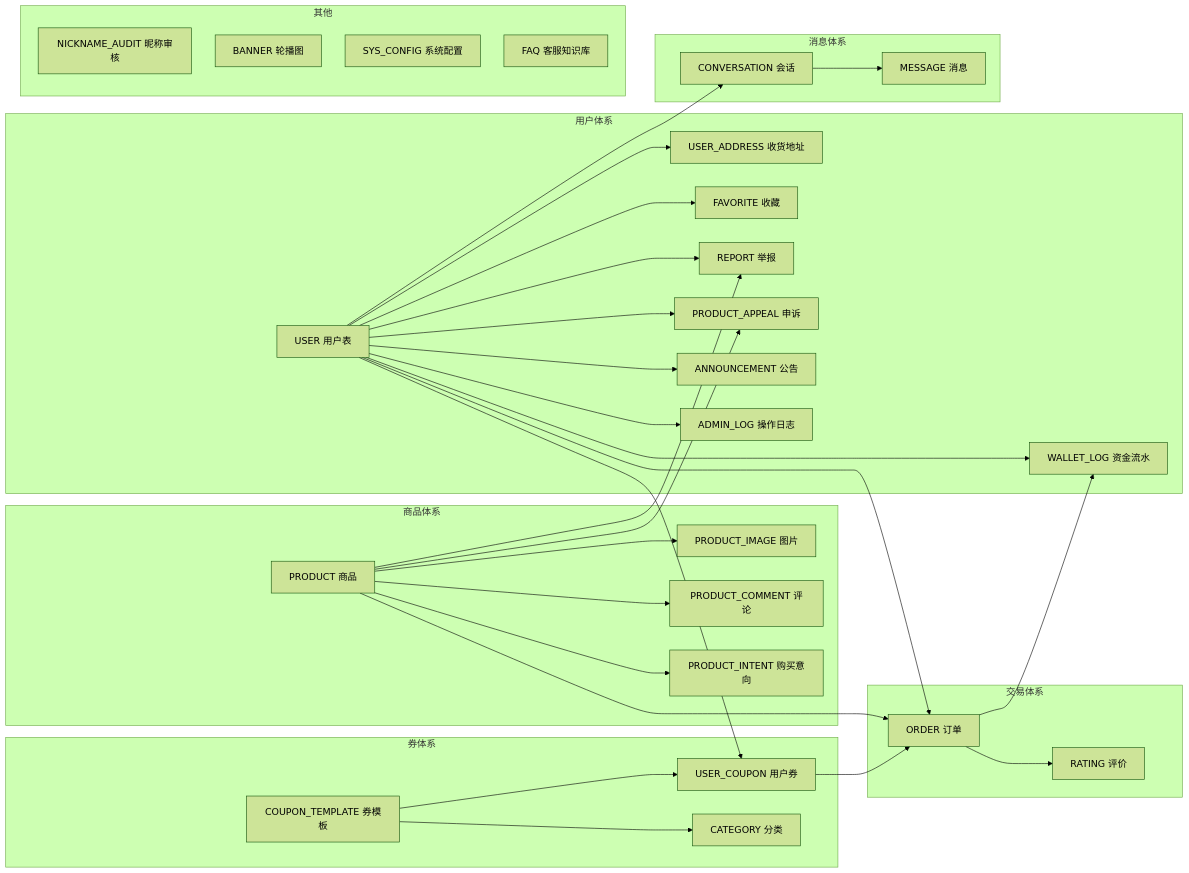
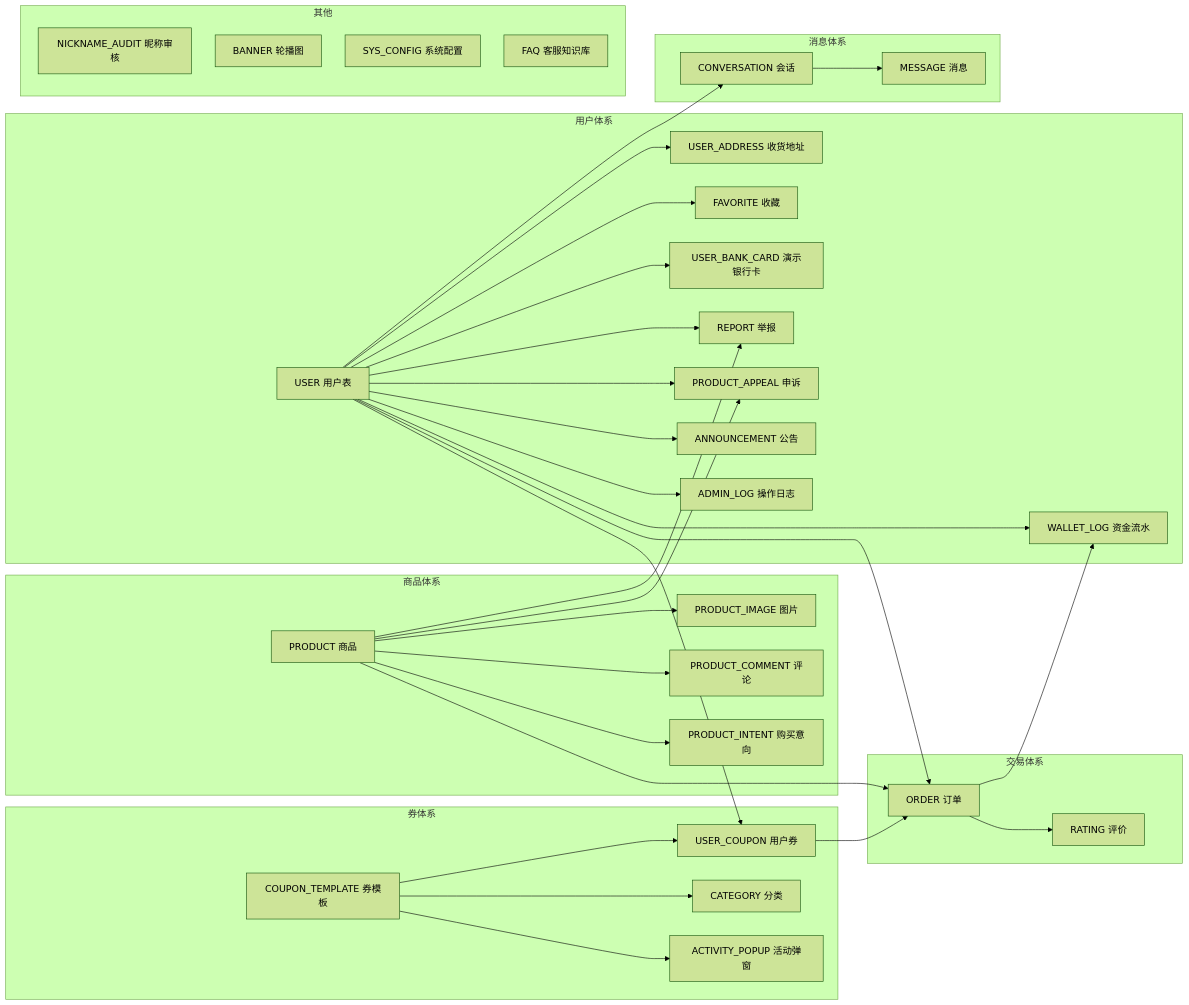
One commit to CUTEcivetcat/c2c changed the diagram in README.md. Above: the diagram before and after it, drawn with Mermaid (forest theme). The commit also changed other lines of this file and 38 other files, not shown here.

````diff
--- a/README.md
+++ b/README.md
@@ -188,43 +190,45 @@
 ```mermaid
 %%{init: {'flowchart': {'nodeSpacing': 40, 'rankSpacing': 50}}}%%
 flowchart LR
   subgraph 用户体系
     U[USER 用户表]-->UA[USER_ADDRESS 收货地址]
     U-->F[FAVORITE 收藏]
     U-->W[WALLET_LOG 资金流水]
+    U-->BC[USER_BANK_CARD 演示银行卡]
     U-->R[REPORT 举报]
     U-->PA[PRODUCT_APPEAL 申诉]
     U-->A[ANNOUNCEMENT 公告]
     U-->AL[ADMIN_LOG 操作日志]
   end
   subgraph 商品体系
     P[PRODUCT 商品]-->PI[PRODUCT_IMAGE 图片]
     P-->PC[PRODUCT_COMMENT 评论]
     P-->PT[PRODUCT_INTENT 购买意向]
     P-->PA
     P-->R
   end
   subgraph 交易体系
     O[ORDER 订单]-->RT[RATING 评价]
     O-->W
     P-->O
     U-->O
   end
   subgraph 券体系
     CT[COUPON_TEMPLATE 券模板]-->UC[USER_COUPON 用户券]
     U-->UC
     UC-->O
     CT-->CAT
+    CT-->AP[ACTIVITY_POPUP 活动弹窗]
   end
   subgraph 消息体系
     C[CONVERSATION 会话]-->M[MESSAGE 消息]
     U-->C
   end
   subgraph 其他
     N[NICKNAME_AUDIT 昵称审核]
     B[BANNER 轮播图]
     CAT[CATEGORY 分类]
     CFG[SYS_CONFIG 系统配置]
     FAQ[FAQ 客服知识库]
   end
 ```
````
